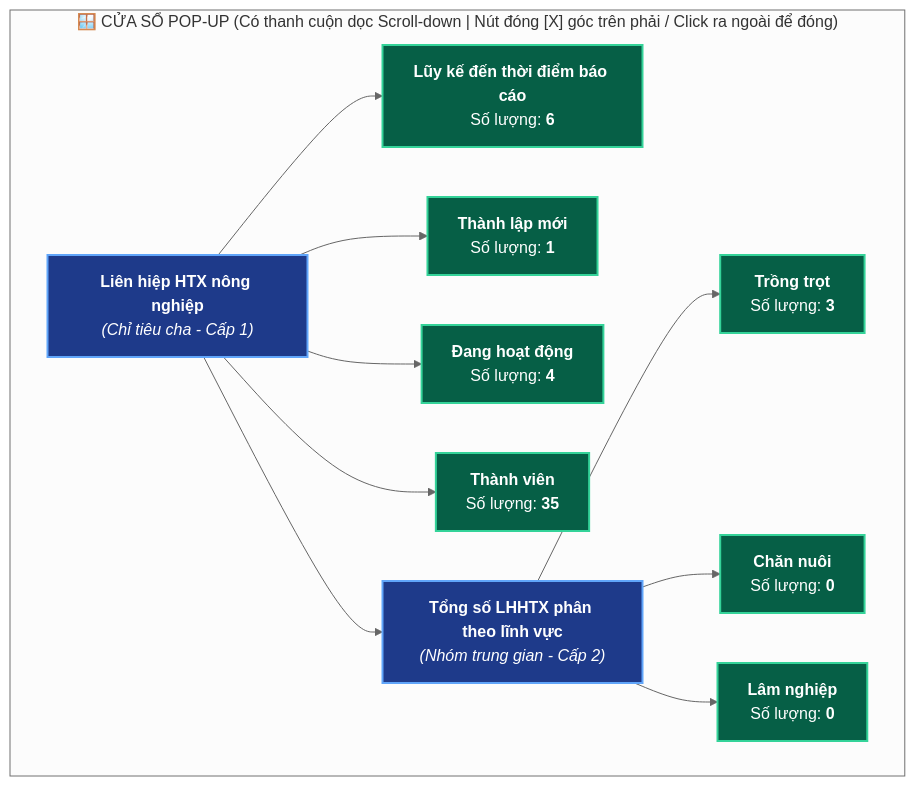
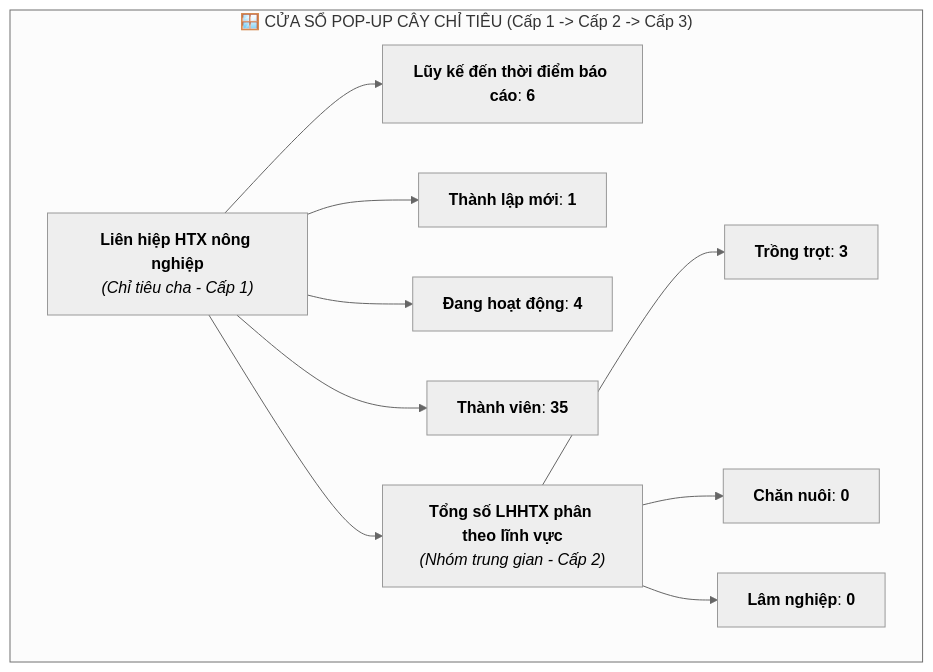
The diagram in IPGov_Chatbot/docs/output.md (CaoAnhNato/Chatbot_HDSD), drawn with Mermaid (neutral theme) before and after one commit. The commit also changed other lines of this file and 38 other files, not shown here.

````diff
--- a/IPGov_Chatbot/docs/output.md
+++ b/IPGov_Chatbot/docs/output.md
@@ -133,32 +58,18 @@
 ```mermaid
 flowchart LR
-    subgraph POPUP_Q01["🪟 CỬA SỔ POP-UP (Có thanh cuộn dọc Scroll-down | Nút đóng [X] góc trên phải / Click ra ngoài để đóng)"]
+    subgraph POPUP_TREE["🪟 CỬA SỔ POP-UP CÂY CHỈ TIÊU (Cấp 1 -> Cấp 2 -> Cấp 3)"]
         direction LR
         P1["<b>Liên hiệp HTX nông nghiệp</b><br/><i>(Chỉ tiêu cha - Cấp 1)</i>"]
-        
-        C2_1["<b>Lũy kế đến thời điểm báo cáo</b><br/>Số lượng: <b>6</b>"]
-        C2_2["<b>Thành lập mới</b><br/>Số lượng: <b>1</b>"]
-        C2_3["<b>Đang hoạt động</b><br/>Số lượng: <b>4</b>"]
-        C2_4["<b>Thành viên</b><br/>Số lượng: <b>35</b>"]
+        C2_1["<b>Lũy kế đến thời điểm báo cáo</b>: <b>6</b>"]
+        C2_2["<b>Thành lập mới</b>: <b>1</b>"]
+        C2_3["<b>Đang hoạt động</b>: <b>4</b>"]
+        C2_4["<b>Thành viên</b>: <b>35</b>"]
         C2_5["<b>Tổng số LHHTX phân theo lĩnh vực</b><br/><i>(Nhóm trung gian - Cấp 2)</i>"]
-        
-        C3_1["<b>Trồng trọt</b><br/>Số lượng: <b>3</b>"]
-        C3_2["<b>Chăn nuôi</b><br/>Số lượng: <b>0</b>"]
-        C3_3["<b>Lâm nghiệp</b><br/>Số lượng: <b>0</b>"]
+        C3_1["<b>Trồng trọt</b>: <b>3</b>"]
+        C3_2["<b>Chăn nuôi</b>: <b>0</b>"]
+        C3_3["<b>Lâm nghiệp</b>: <b>0</b>"]
 
-        P1 --> C2_1
-        P1 --> C2_2
-        P1 --> C2_3
-        P1 --> C2_4
-        P1 --> C2_5
-        C2_5 --> C3_1
-        C2_5 --> C3_2
-        C2_5 --> C3_3
+        P1 --> C2_1 & C2_2 & C2_3 & C2_4 & C2_5
+        C2_5 --> C3_1 & C3_2 & C3_3
     end
-
-    classDef parentBox fill:#1e3a8a,stroke:#60a5fa,stroke-width:2px,color:#ffffff;
-    classDef leafBox fill:#065f46,stroke:#34d399,stroke-width:2px,color:#ffffff;
-
-    class P1,C2_5 parentBox;
-    class C2_1,C2_2,C2_3,C2_4,C3_1,C3_2,C3_3 leafBox;
 ```
````
